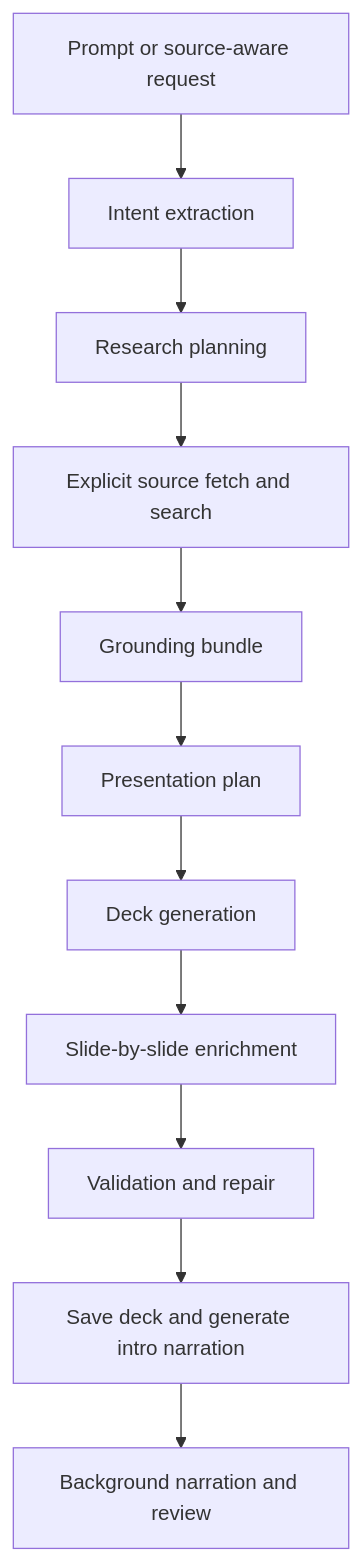
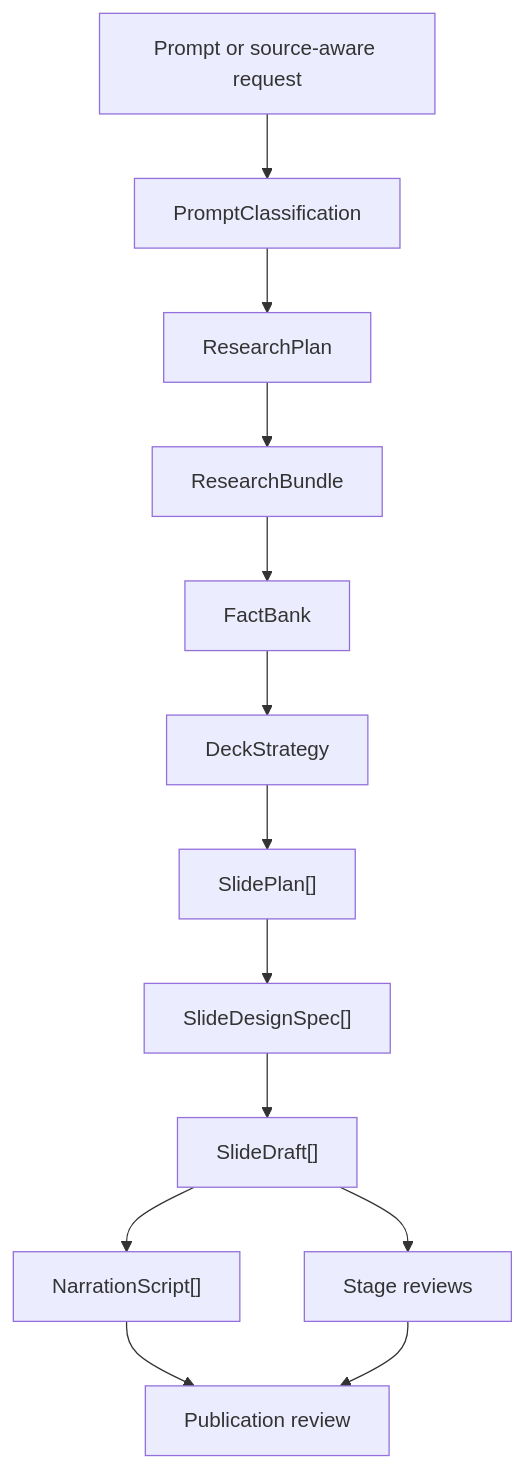
Before and after one commit to Jawbreaker1/slidespeech: the second of 4 diagrams in README.md, drawn with Mermaid. The commit also changed other lines of this file and 129 other files, not shown here.

````diff
--- a/README.md
+++ b/README.md
@@ -117,13 +122,15 @@
 ```mermaid
 flowchart TD
-    A["Prompt or source-aware request"] --> B["Intent extraction"]
-    B --> C["Research planning"]
-    C --> D["Explicit source fetch and search"]
-    D --> E["Grounding bundle"]
-    E --> F["Presentation plan"]
-    F --> G["Deck generation"]
-    G --> H["Slide-by-slide enrichment"]
-    H --> I["Validation and repair"]
-    I --> J["Save deck and generate intro narration"]
-    J --> K["Background narration and review"]
+    A["Prompt or source-aware request"] --> B["PromptClassification"]
+    B --> C["ResearchPlan"]
+    C --> D["ResearchBundle"]
+    D --> E["FactBank"]
+    E --> F["DeckStrategy"]
+    F --> G["SlidePlan[]"]
+    G --> H["SlideDesignSpec[]"]
+    H --> I["SlideDraft[]"]
+    I --> J["NarrationScript[]"]
+    I --> K["Stage reviews"]
+    J --> L["Publication review"]
+    K --> L
 ```
````
